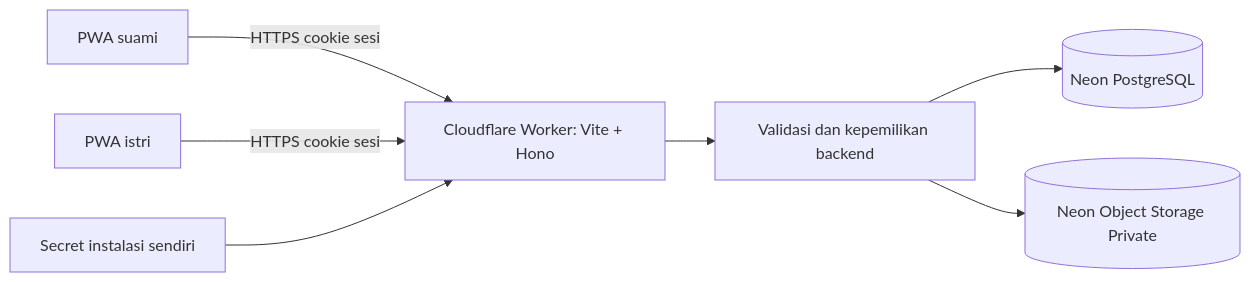
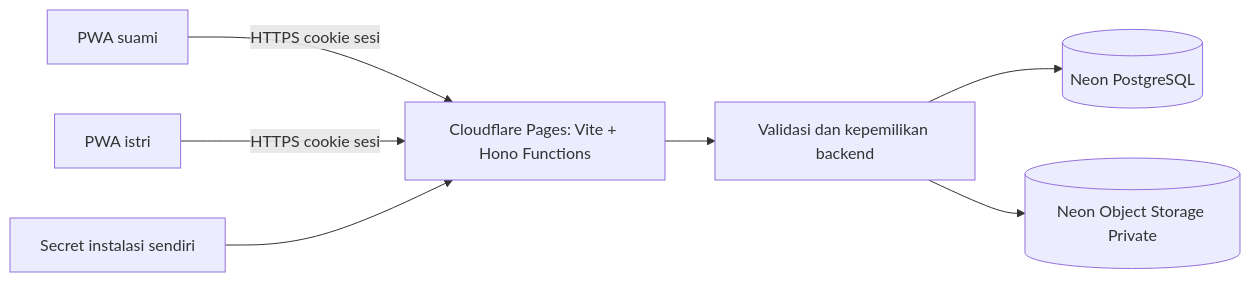
Before and after one commit to ziqri7/family-finance-pwa: the diagram in docs/ARCHITECTURE.md, drawn with Mermaid. The commit also changed other lines of this file and 12 other files, not shown here.

Commit message:
Prepare Financee for Cloudflare Pages

````diff
--- a/docs/ARCHITECTURE.md
+++ b/docs/ARCHITECTURE.md
@@ -7,9 +7,9 @@
 ```mermaid
 flowchart LR
- A[PWA suami] -->|HTTPS cookie sesi| W[Cloudflare Worker: Vite + Hono]
+ A[PWA suami] -->|HTTPS cookie sesi| W[Cloudflare Pages: Vite + Hono Functions]
  B[PWA istri] -->|HTTPS cookie sesi| W
  W --> V[Validasi dan kepemilikan backend]
  V --> D[(Neon PostgreSQL)]
  V --> S[(Neon Object Storage Private)]
  K[Secret instalasi sendiri] --> W
 ```
````
